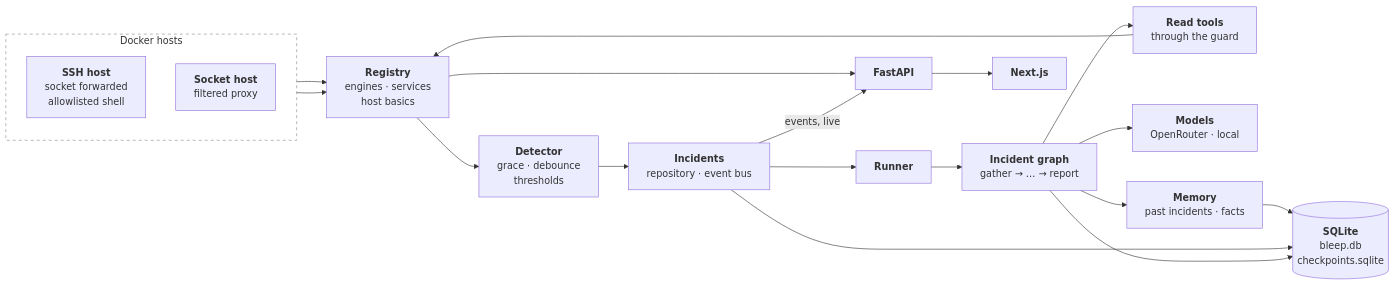
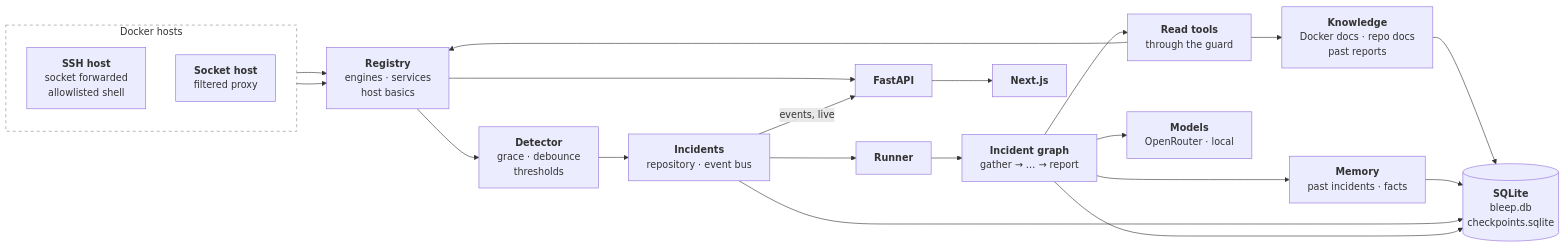
The diagram in docs/architecture.md (DannyKuk/bleep), drawn with Mermaid before and after one commit. The commit also changed other lines of this file and 91 other files, not shown here.

Commit message:
Add knowledge search over a curated Docker docs snapshot, the linked repos' docs and past incidents, with results wrapped as untrusted, a 20-question retrieval check, and the docs injection cases and the scenario suite run with it (#39)

````diff
--- a/docs/architecture.md
+++ b/docs/architecture.md
@@ -7,30 +7,32 @@
 ```mermaid
 flowchart LR
     subgraph HOSTS["Docker hosts"]
         direction TB
         SSH["<b>SSH host</b><br/>socket forwarded<br/>allowlisted shell"]
         SOCK["<b>Socket host</b><br/>filtered proxy"]
     end
     REG["<b>Registry</b><br/>engines · services<br/>host basics"]
     DET["<b>Detector</b><br/>grace · debounce<br/>thresholds"]
     INC["<b>Incidents</b><br/>repository · event bus"]
     RUN["<b>Runner</b>"]
     GRAPH["<b>Incident graph</b><br/>gather → … → report"]
     TOOLS["<b>Read tools</b><br/>through the guard"]
     LLM["<b>Models</b><br/>OpenRouter · local"]
     MEM["<b>Memory</b><br/>past incidents · facts"]
+    KNOW["<b>Knowledge</b><br/>Docker docs · repo docs<br/>past reports"]
     DB[("<b>SQLite</b><br/>bleep.db<br/>checkpoints.sqlite")]
     API["<b>FastAPI</b>"]
     FE["<b>Next.js</b>"]
     SSH --> REG
     SOCK --> REG
     REG --> DET --> INC --> RUN --> GRAPH
     GRAPH --> TOOLS --> REG
+    TOOLS --> KNOW --> DB
     GRAPH --> LLM
     GRAPH --> MEM --> DB
     INC --> DB
     GRAPH --> DB
     REG --> API --> FE
     INC -->|events, live| API
     style HOSTS fill:none,stroke:#888,stroke-dasharray:5 5
 ```
````
